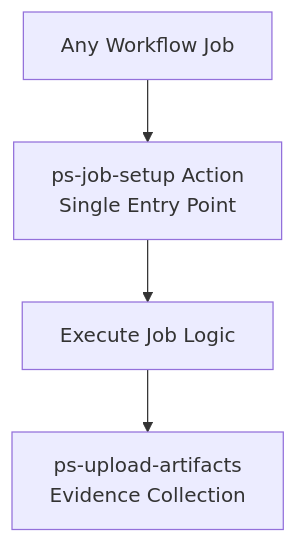
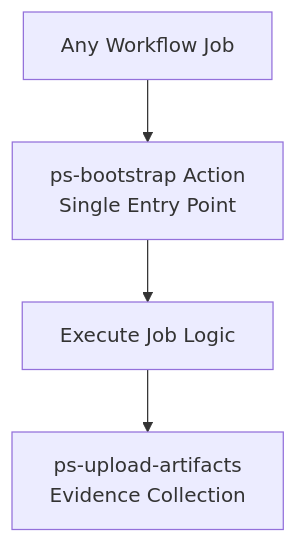
One commit to PoliticalSphere/ci changed diagram 11 of 14 in docs/workflow-architecture-diagrams.md. Above: the diagram before and after it, drawn with Mermaid. The commit also changed other lines of this file and 18 other files, not shown here.

Commit message:
chore(ci): use ps-bootstrap for job hardening (egress=block) and accept ps-bootstrap/ps-harden-runner as valid first steps in validate-ci

````diff
--- a/docs/workflow-architecture-diagrams.md
+++ b/docs/workflow-architecture-diagrams.md
@@ -505,11 +505,11 @@
 ```mermaid
 graph TD
     WORKFLOW[Any Workflow Job]
-    JOB_SETUP[ps-job-setup Action<br/>Single Entry Point]
+    JOB_SETUP[ps-bootstrap Action<br/>Single Entry Point]
     EXECUTE[Execute Job Logic]
     UPLOAD[ps-upload-artifacts<br/>Evidence Collection]
 
     WORKFLOW --> JOB_SETUP
     JOB_SETUP --> EXECUTE
     EXECUTE --> UPLOAD
 ```
````
